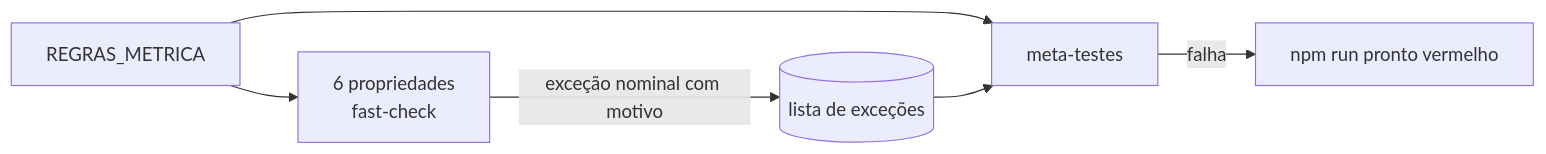
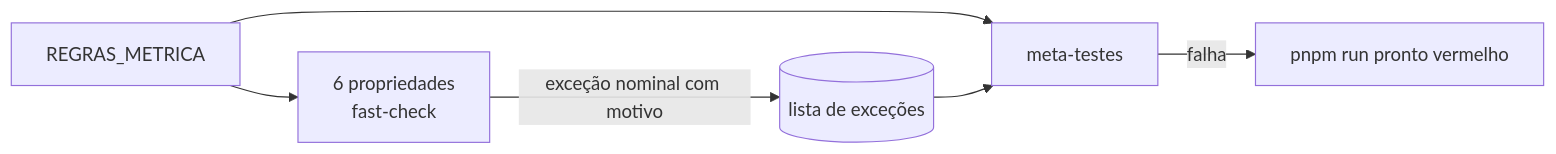
One commit to rodrigo-isensee/MetricasDSPD changed the third of 3 diagrams in docs/tecnica/biblioteca-de-calculo.md. Above: the diagram before and after it, drawn with Mermaid. The commit also changed other lines of this file and 30 other files, not shown here.

First line of the commit message:
build: migra o monorepo de npm workspaces para pnpm 10 (K-065)

````diff
--- a/docs/tecnica/biblioteca-de-calculo.md
+++ b/docs/tecnica/biblioteca-de-calculo.md
@@ -184,8 +184,8 @@
 ```mermaid
 flowchart LR
   R[REGRAS_METRICA] --> P[6 propriedades<br/>fast-check]
   R --> MT[meta-testes]
   P -->|"exceção nominal com motivo"| E[(lista de exceções)]
   E --> MT
-  MT -->|"falha"| X[npm run pronto vermelho]
+  MT -->|"falha"| X[pnpm run pronto vermelho]
 ```
````
